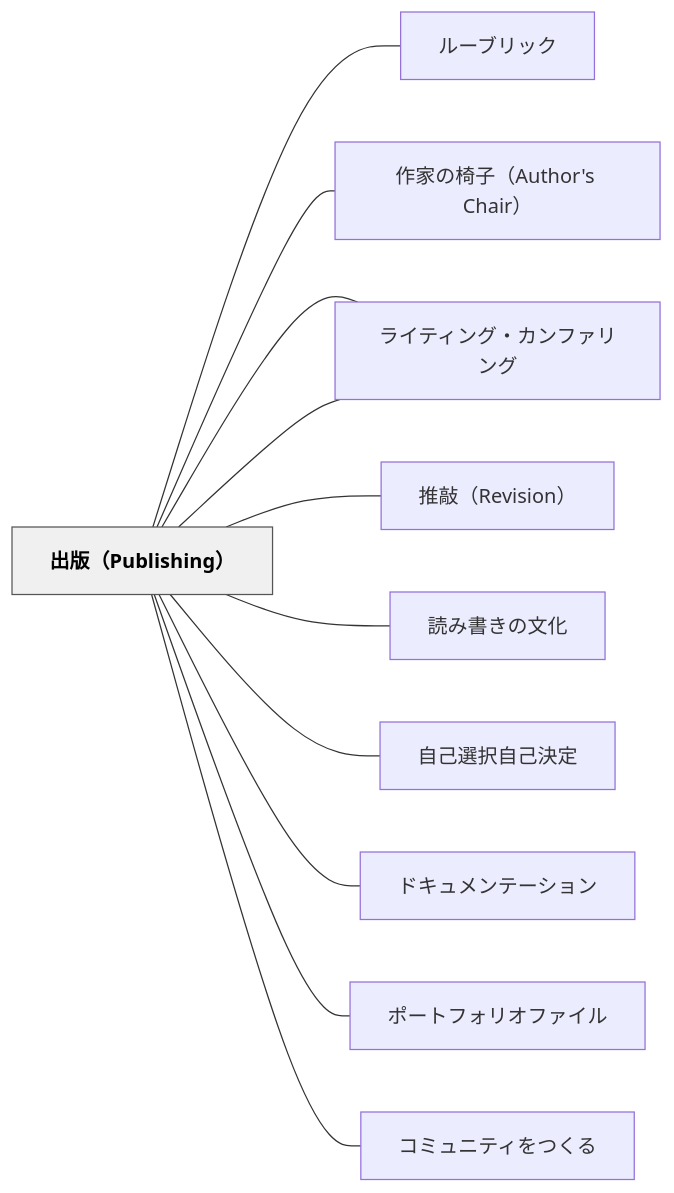
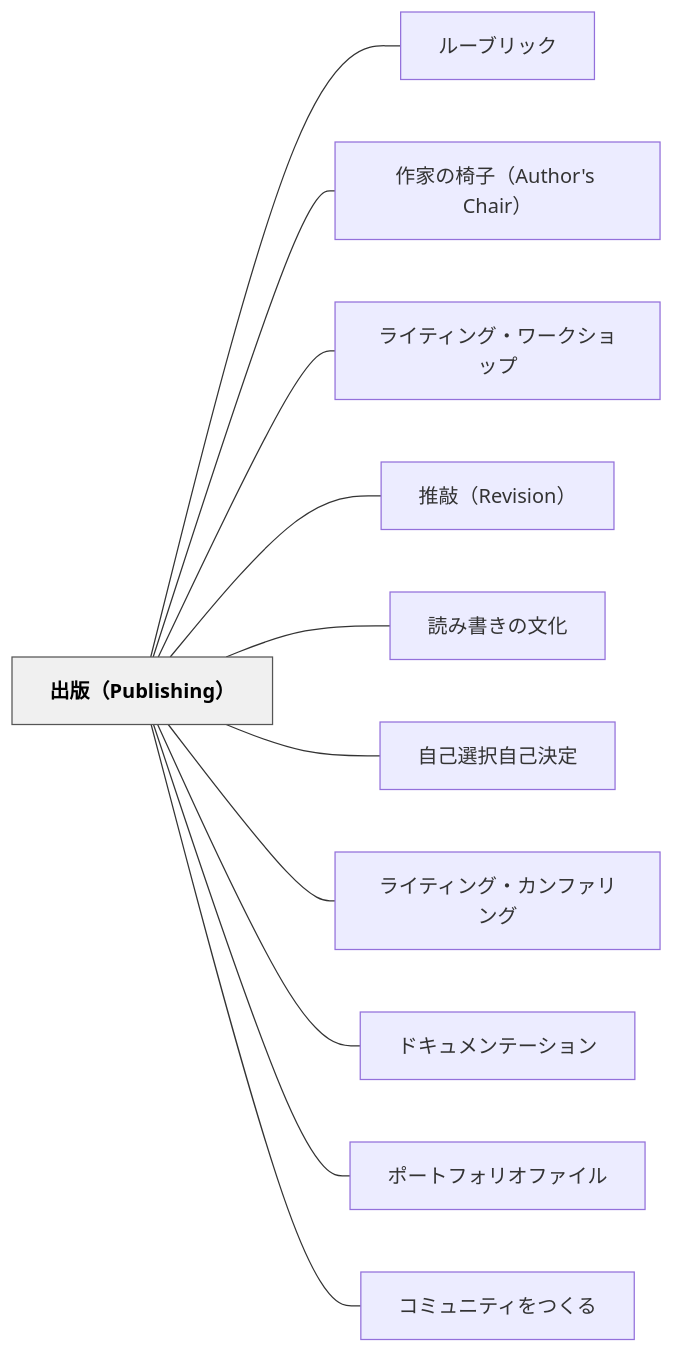
The diagram in content/パタン/出版（Publishing）.md (unknownthings-ed-patterns/unknownthings-ed-patterns), drawn with Mermaid before and after one commit. The commit also changed 527 other files, not shown here.

````diff
--- a/content/パタン/出版（Publishing）.md
+++ b/content/パタン/出版（Publishing）.md
@@ -155,28 +155,28 @@
 ```mermaid
 flowchart LR
-    ne587bae78988["出版（Publishing）"]
-    ne383abe383bc["ルーブリック"]
-    ne4bd9ce5aeb6["作家の椅子（Author's Chair）"]
-    ne383a9e382a4["ライティング・ワークショップ"]
-    ne68ea8e695b2["推敲（Revision）"]
-    ne8aaade381bf["読み書きの文化"]
-    ne887aae5b7b1["自己選択自己決定"]
-    ne383a9e382a4["ライティング・カンファリング"]
-    ne38389e382ad["ドキュメンテーション"]
-    ne3839de383bc["ポートフォリオファイル"]
-    ne382b3e3839f["コミュニティをつくる"]
+    ne587bae78988efbc885075626c697368696e67efbc89["出版（Publishing）"]
+    ne383abe383bce38396e383aae38383e382af["ルーブリック"]
+    ne4bd9ce5aeb6e381aee6a485e5ad90efbc88417574686f722773204368616972efbc89["作家の椅子（Author's Chair）"]
+    ne383a9e382a4e38386e382a3e383b3e382b0e383bbe383afe383bce382afe382b7e383a7e38383e38397["ライティング・ワークショップ"]
+    ne68ea8e695b2efbc885265766973696f6eefbc89["推敲（Revision）"]
+    ne8aaade381bfe69bb8e3818de381aee69687e58c96["読み書きの文化"]
+    ne887aae5b7b1e981b8e68a9ee887aae5b7b1e6b1bae5ae9a["自己選択自己決定"]
+    ne383a9e382a4e38386e382a3e383b3e382b0e383bbe382abe383b3e38395e382a1e383aae383b3e382b0["ライティング・カンファリング"]
+    ne38389e382ade383a5e383a1e383b3e38386e383bce382b7e383a7e383b3["ドキュメンテーション"]
+    ne3839de383bce38388e38395e382a9e383aae382aae38395e382a1e382a4e383ab["ポートフォリオファイル"]
+    ne382b3e3839fe383a5e3838be38386e382a3e38292e381a4e3818fe3828b["コミュニティをつくる"]
 
-    ne587bae78988 --- ne383abe383bc
-    ne587bae78988 --- ne4bd9ce5aeb6
-    ne587bae78988 --- ne383a9e382a4
-    ne587bae78988 --- ne68ea8e695b2
-    ne587bae78988 --- ne8aaade381bf
-    ne587bae78988 --- ne887aae5b7b1
-    ne587bae78988 --- ne383a9e382a4
-    ne587bae78988 --- ne38389e382ad
-    ne587bae78988 --- ne3839de383bc
-    ne587bae78988 --- ne382b3e3839f
+    ne587bae78988efbc885075626c697368696e67efbc89 --- ne383abe383bce38396e383aae38383e382af
+    ne587bae78988efbc885075626c697368696e67efbc89 --- ne4bd9ce5aeb6e381aee6a485e5ad90efbc88417574686f722773204368616972efbc89
+    ne587bae78988efbc885075626c697368696e67efbc89 --- ne383a9e382a4e38386e382a3e383b3e382b0e383bbe383afe383bce382afe382b7e383a7e38383e38397
+    ne587bae78988efbc885075626c697368696e67efbc89 --- ne68ea8e695b2efbc885265766973696f6eefbc89
+    ne587bae78988efbc885075626c697368696e67efbc89 --- ne8aaade381bfe69bb8e3818de381aee69687e58c96
+    ne587bae78988efbc885075626c697368696e67efbc89 --- ne887aae5b7b1e981b8e68a9ee887aae5b7b1e6b1bae5ae9a
+    ne587bae78988efbc885075626c697368696e67efbc89 --- ne383a9e382a4e38386e382a3e383b3e382b0e383bbe382abe383b3e38395e382a1e383aae383b3e382b0
+    ne587bae78988efbc885075626c697368696e67efbc89 --- ne38389e382ade383a5e383a1e383b3e38386e383bce382b7e383a7e383b3
+    ne587bae78988efbc885075626c697368696e67efbc89 --- ne3839de383bce38388e38395e382a9e383aae382aae38395e382a1e382a4e383ab
+    ne587bae78988efbc885075626c697368696e67efbc89 --- ne382b3e3839fe383a5e3838be38386e382a3e38292e381a4e3818fe3828b
 
     classDef hub fill:#f0f0f0,stroke:#555,color:#000,font-weight:bold
-    class ne587bae78988 hub
+    class ne587bae78988efbc885075626c697368696e67efbc89 hub
 ```
````
